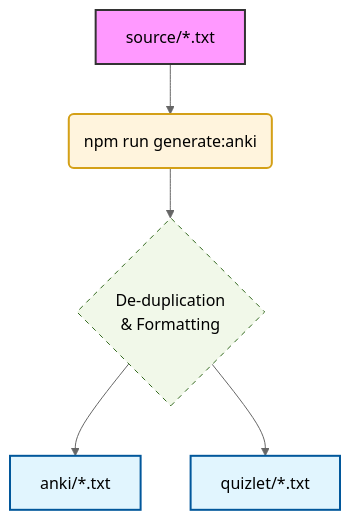
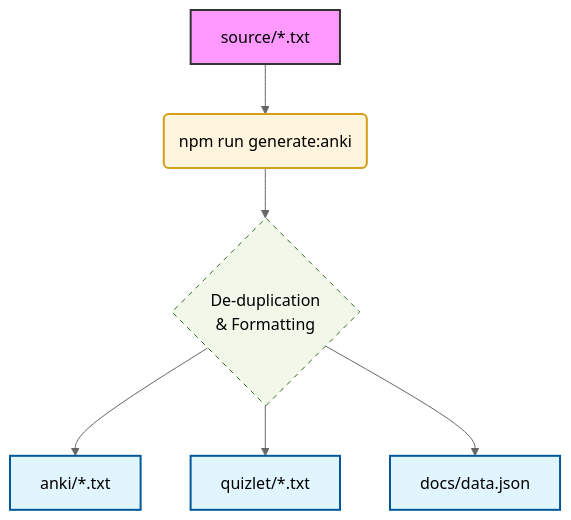
One commit to andreysey/anki-b2 changed the diagram in README.md. Above: the diagram before and after it, drawn with Mermaid (neutral theme). The commit also changed other lines of this file and 9 other files, not shown here.

````diff
--- a/README.md
+++ b/README.md
@@ -30,20 +30,21 @@
 ```mermaid
 graph TD
     %% Define Styles
     classDef source fill:#ff99ff,stroke:#333,stroke-width:2px,color:#000;
     classDef tool fill:#fff4dd,stroke:#d4a017,stroke-width:2px,color:#000;
     classDef output fill:#e1f5fe,stroke:#01579b,stroke-width:2px,color:#000;
     classDef logic fill:#f1f8e9,stroke:#33691e,stroke-dasharray: 5 5,color:#000;
 
     %% Workflow
     S[source/*.txt] --> B(npm run generate:anki)
     B --> L{"De-duplication<br/>& Formatting"}
     L --> A[anki/*.txt]
     L --> Q[quizlet/*.txt]
+    L --> D[docs/data.json]
 
     %% Assign Classes
     class S source;
     class B tool;
-    class A,Q output;
+    class A,Q,D output;
     class L logic;
 ```
````
